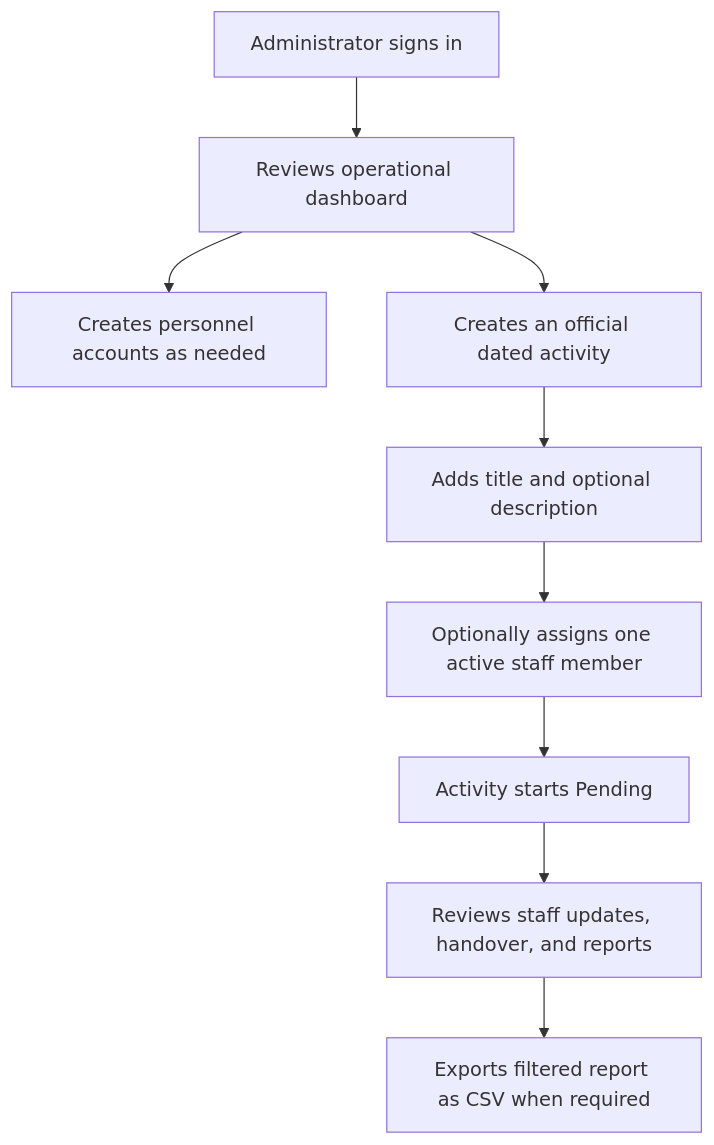
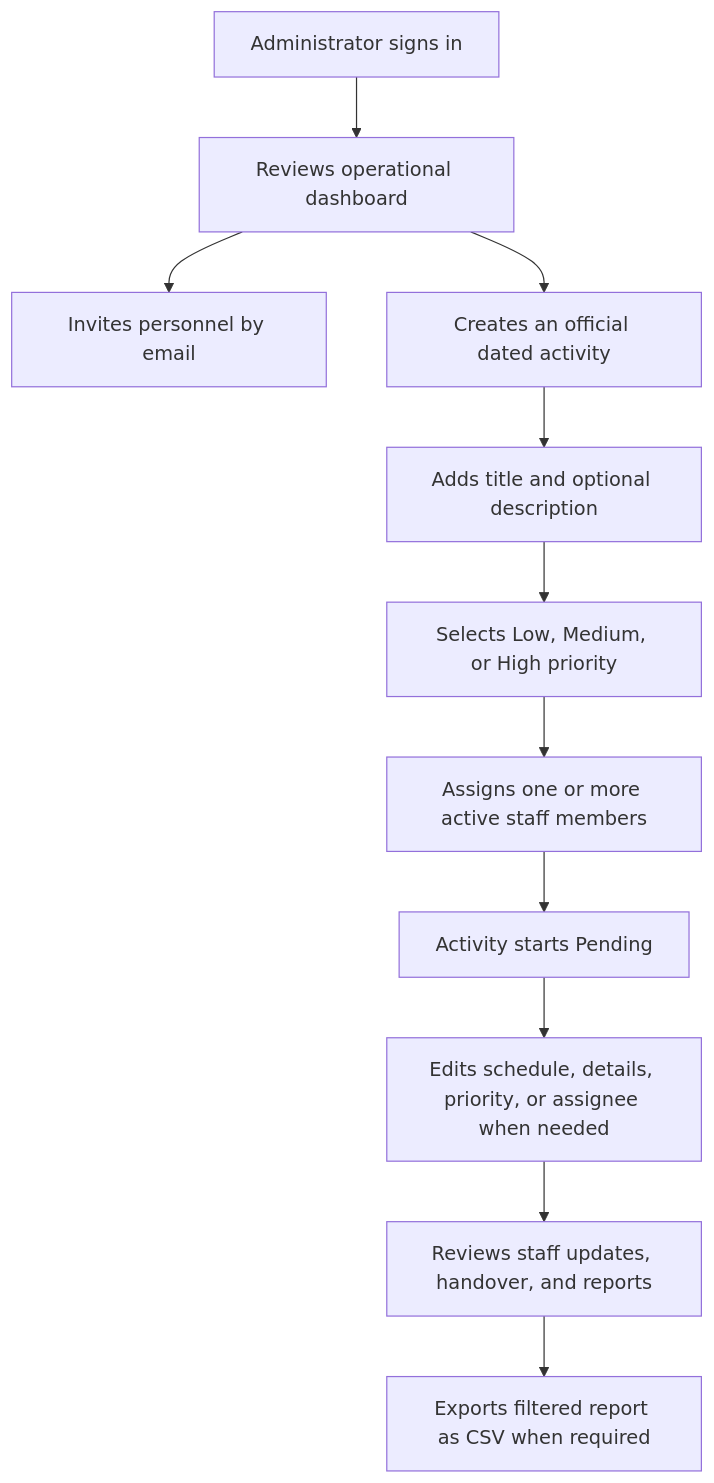
Before and after one commit to casioboi/npontu-supporttrack: the third of 3 diagrams in docs/ARCHITECTURE.md, drawn with Mermaid. The commit also changed other lines of this file and 63 other files, not shown here.

````diff
--- a/docs/ARCHITECTURE.md
+++ b/docs/ARCHITECTURE.md
@@ -50,11 +50,13 @@
 ```mermaid
 flowchart TD
     A[Administrator signs in] --> B[Reviews operational dashboard]
-    B --> C[Creates personnel accounts as needed]
+    B --> C[Invites personnel by email]
     B --> D[Creates an official dated activity]
     D --> E[Adds title and optional description]
-    E --> F[Optionally assigns one active staff member]
-    F --> G[Activity starts Pending]
-    G --> H[Reviews staff updates, handover, and reports]
-    H --> I[Exports filtered report as CSV when required]
+    E --> F[Selects Low, Medium, or High priority]
+    F --> G[Assigns one or more active staff members]
+    G --> H[Activity starts Pending]
+    H --> I[Edits schedule, details, priority, or assignee when needed]
+    I --> J[Reviews staff updates, handover, and reports]
+    J --> K[Exports filtered report as CSV when required]
 ```
````
